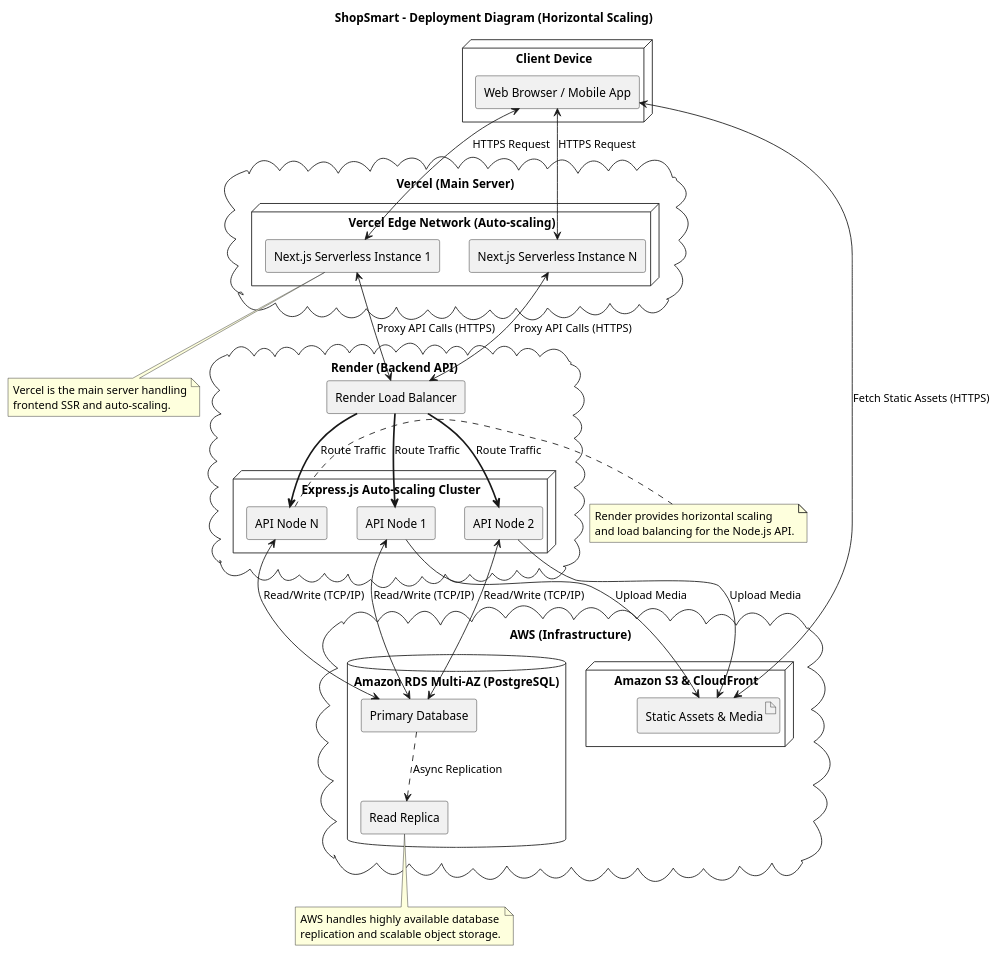
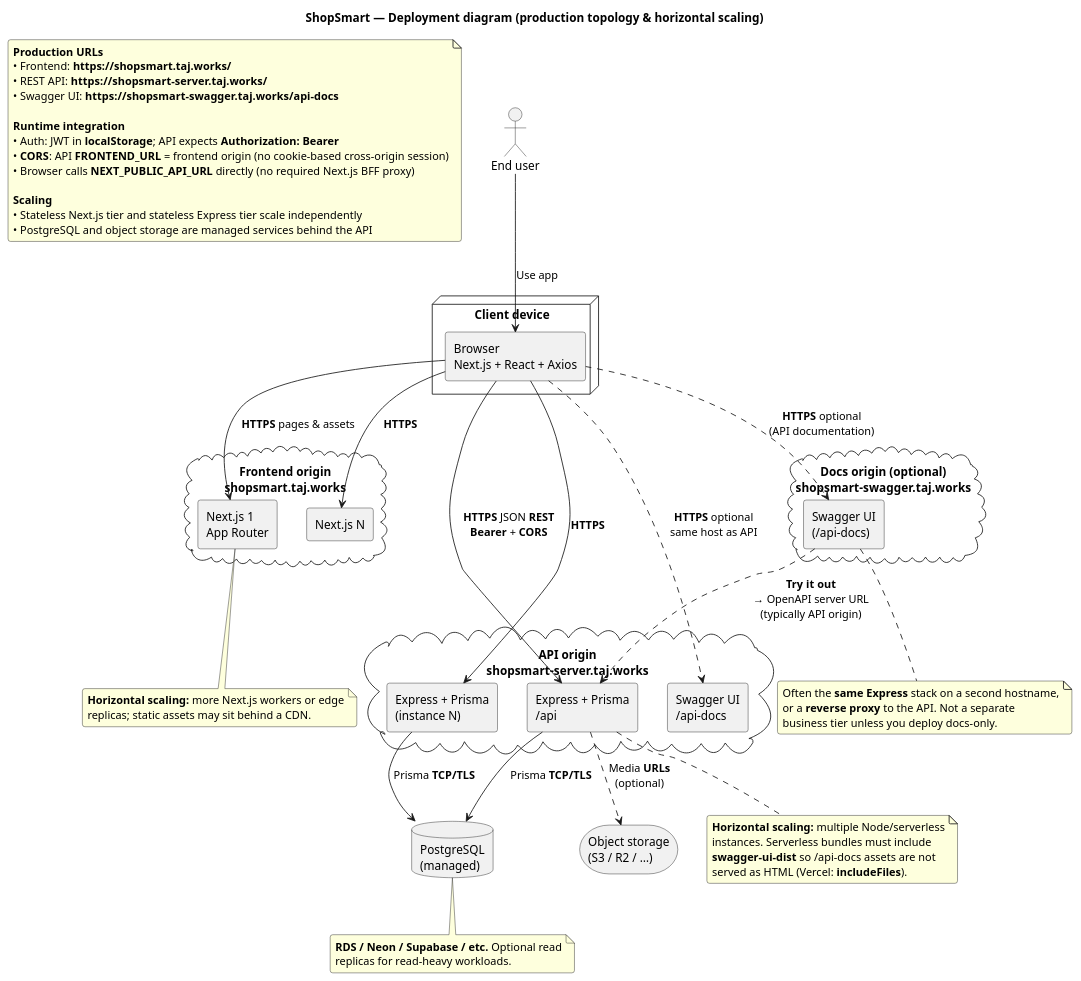
The diagram in docs/uml/puml/deployment.puml (Taj-2005/shop_smart), drawn with PlantUML before and after one commit. The commit also changed 1 other file, not shown here.

Commit message:
enhanced the deployement diagram

```diff
--- a/docs/uml/puml/deployment.puml
+++ b/docs/uml/puml/deployment.puml
@@ -1,73 +1,86 @@
 @startuml
-title ShopSmart - Deployment Diagram (Horizontal Scaling)
+title ShopSmart — Deployment diagram (production topology & horizontal scaling)
 
 skinparam componentStyle rectangle
+skinparam roundcorner 6
 
-node "Client Device" {
-    component "Web Browser / Mobile App" as Client
+note as NLegend
+  **Production URLs**
+  • Frontend: **https://shopsmart.taj.works/**
+  • REST API: **https://shopsmart-server.taj.works/**
+  • Swagger UI: **https://shopsmart-swagger.taj.works/api-docs**
+
+  **Runtime integration**
+  • Auth: JWT in **localStorage**; API expects **Authorization: Bearer**
+  • **CORS**: API **FRONTEND_URL** = frontend origin (no cookie-based cross-origin session)
+  • Browser calls **NEXT_PUBLIC_API_URL** directly (no required Next.js BFF proxy)
+
+  **Scaling**
+  • Stateless Next.js tier and stateless Express tier scale independently
+  • PostgreSQL and object storage are managed services behind the API
+end note
+
+actor "End user" as User
+
+node "Client device" {
+  [Browser\nNext.js + React + Axios] as SPA
 }
 
-cloud "Vercel (Main Server)" {
-    node "Vercel Edge Network (Auto-scaling)" {
-        component "Next.js Serverless Instance 1" as Vercel1
-        component "Next.js Serverless Instance N" as VercelN
-    }
+cloud "Frontend origin\nshopsmart.taj.works" {
+  [Next.js 1\nApp Router] as Next1
+  [Next.js N] as NextN
 }
 
-cloud "Render (Backend API)" {
-    component "Render Load Balancer" as RenderLB
-    
-    node "Express.js Auto-scaling Cluster" {
-        component "API Node 1" as API1
-        component "API Node 2" as API2
-        component "API Node N" as APIN
-    }
+cloud "API origin\nshopsmart-server.taj.works" {
+  [Express + Prisma\n/api] as Api1
+  [Express + Prisma\n(instance N)] as ApiN
+  [Swagger UI\n/api-docs] as SwaggerApi
 }
 
-cloud "AWS (Infrastructure)" {
-    node "Amazon S3 & CloudFront" {
-        artifact "Static Assets & Media" as CDN
-    }
-    
-    database "Amazon RDS Multi-AZ (PostgreSQL)" {
-        component "Primary Database" as DB_Primary
-        component "Read Replica" as DB_Replica
-    }
+cloud "Docs origin (optional)\nshopsmart-swagger.taj.works" {
+  [Swagger UI\n(/api-docs)] as SwaggerDoc
 }
 
-Client <--> CDN : Fetch Static Assets (HTTPS)
-Client <--> Vercel1 : HTTPS Request
-Client <--> VercelN : HTTPS Request
+database "PostgreSQL\n(managed)" as DB
+storage "Object storage\n(S3 / R2 / …)" as Blob
 
-Vercel1 <--> RenderLB : Proxy API Calls (HTTPS)
-VercelN <--> RenderLB : Proxy API Calls (HTTPS)
+User --> SPA : Use app
+SPA --> Next1 : **HTTPS** pages & assets
+SPA --> NextN : **HTTPS**
 
-RenderLB ==> API1 : Route Traffic
-RenderLB ==> API2 : Route Traffic
-RenderLB ==> APIN : Route Traffic
+SPA --> Api1 : **HTTPS** JSON **REST**\n**Bearer** + **CORS**
+SPA --> ApiN : **HTTPS**
 
-API1 <--> DB_Primary : Read/Write (TCP/IP)
-API2 <--> DB_Primary : Read/Write (TCP/IP)
-APIN <--> DB_Primary : Read/Write (TCP/IP)
+SPA ..> SwaggerDoc : **HTTPS** optional\n(API documentation)
+SPA ..> SwaggerApi : **HTTPS** optional\nsame host as API
 
-API1 --> CDN : Upload Media
-API2 --> CDN : Upload Media
+SwaggerDoc ..> Api1 : **Try it out**\n→ OpenAPI server URL\n(typically API origin)
 
-DB_Primary ..> DB_Replica : Async Replication
+Api1 --> DB : Prisma **TCP/TLS**
+ApiN --> DB : Prisma **TCP/TLS**
+Api1 ..> Blob : Media **URLs**\n(optional)
 
-note Bottom of Vercel1
-  Vercel is the main server handling
-  frontend SSR and auto-scaling.
+note bottom of Next1
+  **Horizontal scaling:** more Next.js workers or edge
+  replicas; static assets may sit behind a CDN.
 end note
 
-note Right of APIN
-  Render provides horizontal scaling
-  and load balancing for the Node.js API.
+note bottom of Api1
+  **Horizontal scaling:** multiple Node/serverless
+  instances. Serverless bundles must include
+  **swagger-ui-dist** so /api-docs assets are not
+  served as HTML (Vercel: **includeFiles**).
 end note
 
-note Bottom of DB_Replica
-  AWS handles highly available database
-  replication and scalable object storage.
+note bottom of SwaggerDoc
+  Often the **same Express** stack on a second hostname,
+  or a **reverse proxy** to the API. Not a separate
+  business tier unless you deploy docs-only.
+end note
+
+note bottom of DB
+  **RDS / Neon / Supabase / etc.** Optional read
+  replicas for read-heavy workloads.
 end note
 
 @enduml
```
